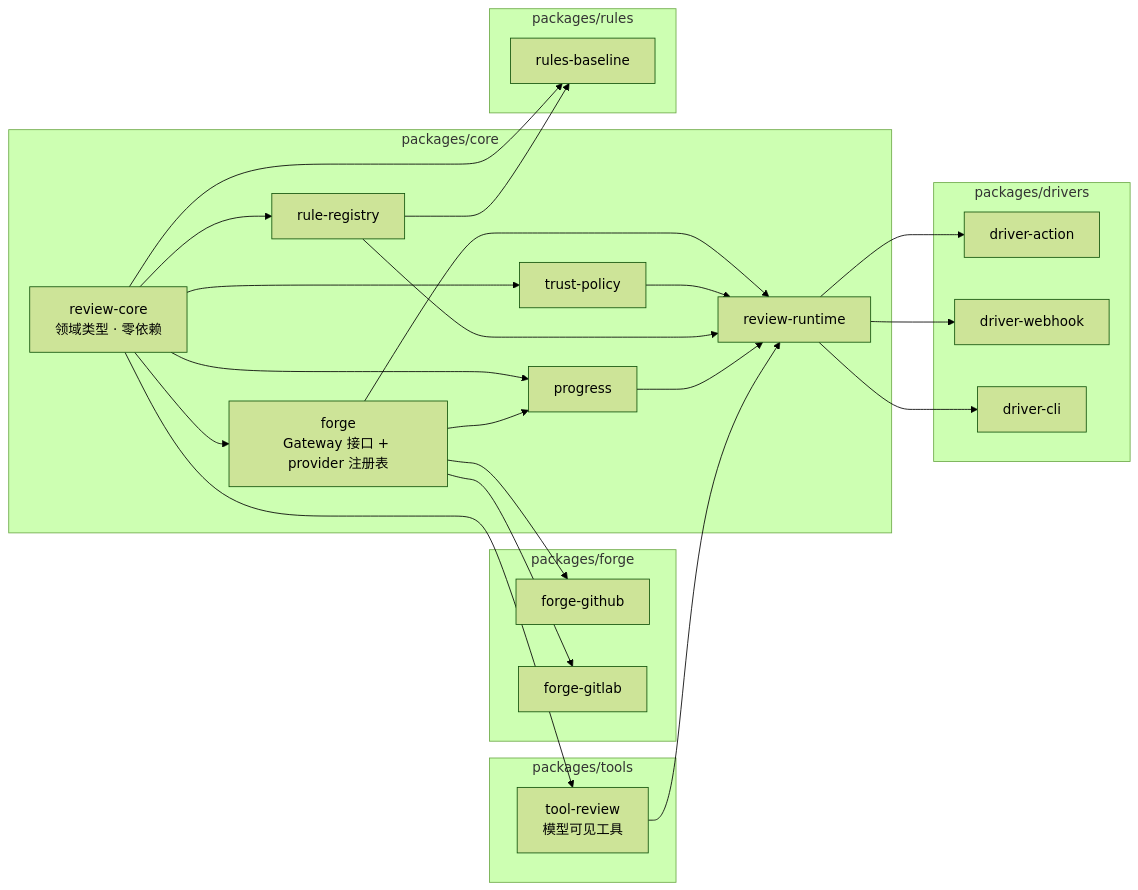
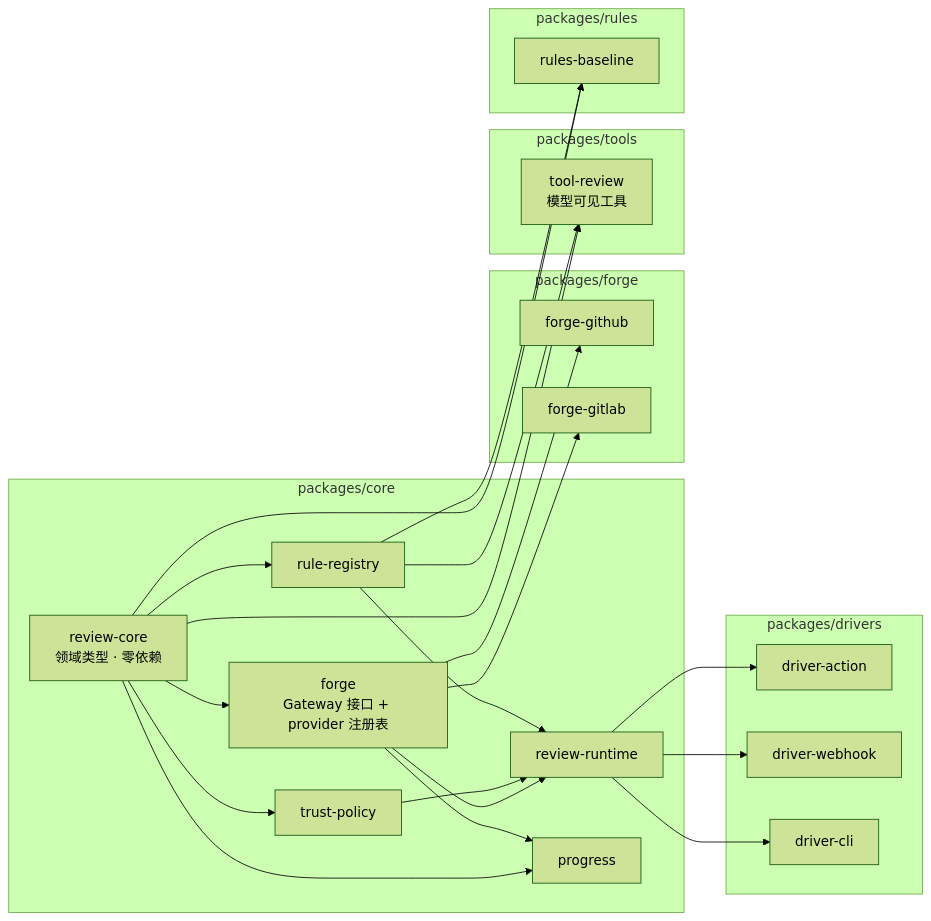
The second of 3 diagrams in docs/02-architecture.md (chaojixinren/dsh-reviewer-bot), drawn with Mermaid (forest theme) before and after one commit. The commit also changed 18 other files, not shown here.

First line of the commit message:
fix(deps): pin upstream versions and correct the dependency graph

````diff
--- a/docs/02-architecture.md
+++ b/docs/02-architecture.md
@@ -71,34 +71,32 @@
 ```mermaid
 flowchart LR
     subgraph core["packages/core"]
         RC["review-core<br/>领域类型 · 零依赖"]
         FGP["forge<br/>Gateway 接口 + provider 注册表"]
         TPP["trust-policy"]
         RRP["rule-registry"]
         RTP["review-runtime"]
         PRP["progress"]
     end
     subgraph forge["packages/forge"]
         FGH["forge-github"]
         FGL["forge-gitlab"]
     end
     subgraph tools["packages/tools"]
         TR["tool-review<br/>模型可见工具"]
     end
     subgraph rules["packages/rules"]
         RBL["rules-baseline"]
     end
     subgraph drivers["packages/drivers"]
         DAC["driver-action"]
         DWH["driver-webhook"]
         DCL["driver-cli"]
     end
 
     RC --> FGP & TPP & RRP & PRP & TR & RBL
     FGP --> FGH & FGL & RTP & PRP
     TPP --> RTP
-    RRP --> RTP & RBL
+    RRP --> RTP & RBL & TR
     RTP --> DAC & DWH & DCL
-    PRP --> RTP
-    TR --> RTP
 ```
````
